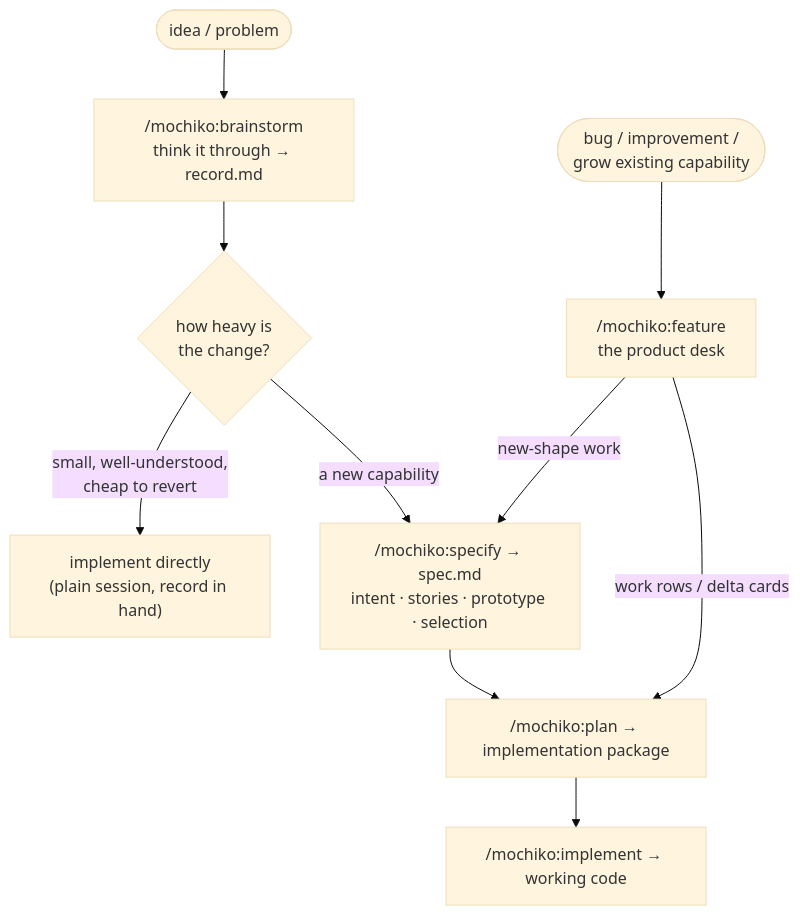
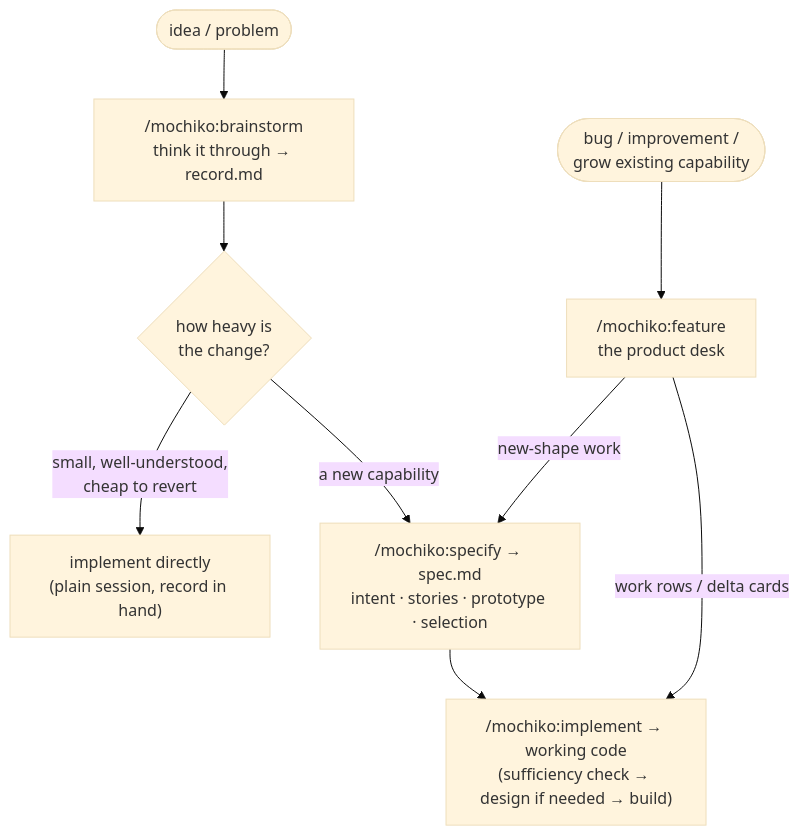
Before and after one commit to humaninloop-dev/mochiko: the first of 3 diagrams in README.md, drawn with Mermaid (base theme). The commit also changed other lines of this file and 104 other files, not shown here.

Commit message:
Plan retired; implement absorbs design phase behind sufficiency check (v0.91.0)

````diff
--- a/README.md
+++ b/README.md
@@ -45,12 +45,11 @@
 ```mermaid
 flowchart TD
     idea(["idea / problem"]) --> bs["/mochiko:brainstorm<br/>think it through → record.md"]
     demand(["bug / improvement /<br/>grow existing capability"]) --> desk["/mochiko:feature<br/>the product desk"]
     bs --> gate{"how heavy is<br/>the change?"}
     gate -->|"small, well-understood,<br/>cheap to revert"| direct["implement directly<br/>(plain session, record in hand)"]
     gate -->|"a new capability"| spec["/mochiko:specify → spec.md<br/>intent · stories · prototype · selection"]
     desk -->|"new-shape work"| spec
-    desk -->|"work rows / delta cards"| plan
-    spec --> plan["/mochiko:plan → implementation package"]
-    plan --> impl["/mochiko:implement → working code"]
+    spec --> impl["/mochiko:implement → working code<br/>(sufficiency check → design if needed → build)"]
+    desk -->|"work rows / delta cards"| impl
 ```
````
